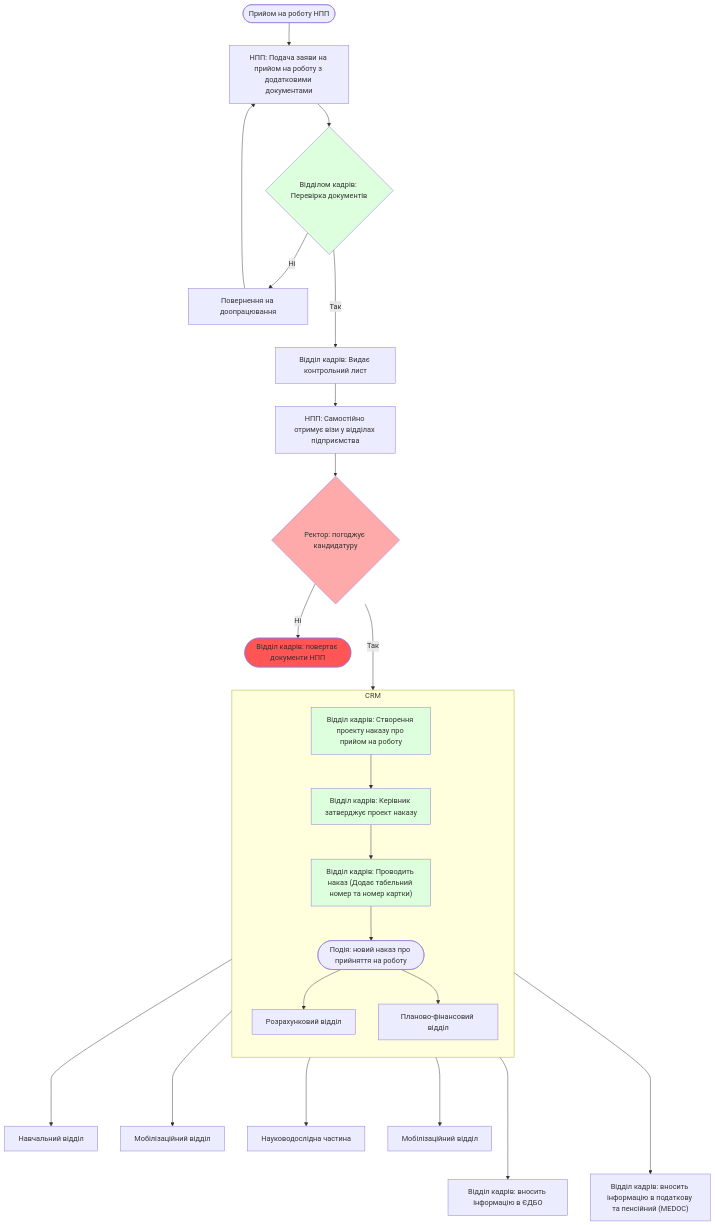
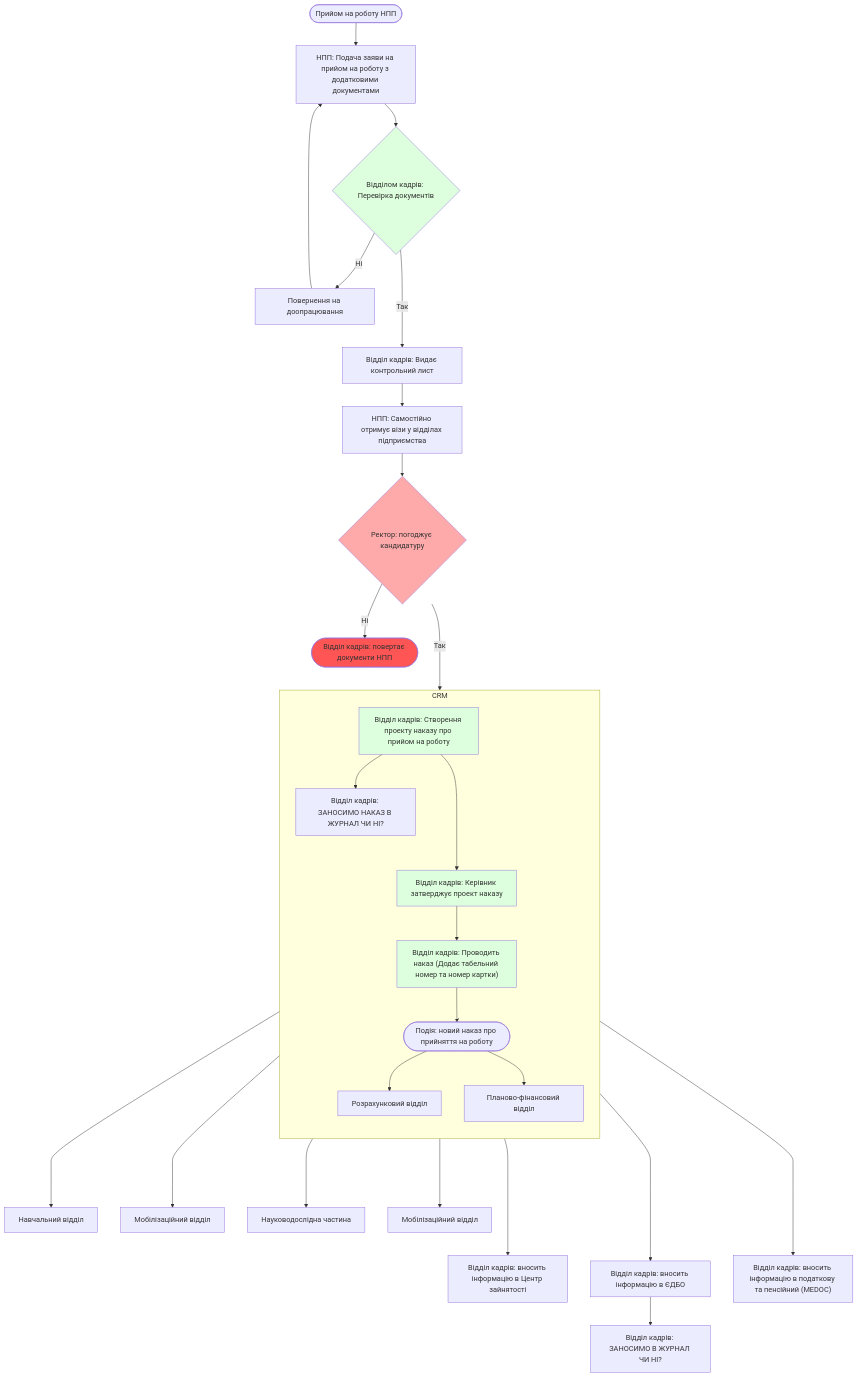
One commit to lisnayk/hr-workflows changed the diagram in processes/onboarding/npp.md. Above: the diagram before and after it, drawn with Mermaid. The commit also changed other lines of this file, not shown here.

Commit message:
Update onboarding documentation with journal entry queries and workflow adjustments

````diff
--- a/processes/onboarding/npp.md
+++ b/processes/onboarding/npp.md
@@ -21,36 +26,39 @@
 ```mermaid
 flowchart TB
     TITLE(["Прийом на роботу НПП"])
     TITLE --> APPLICATION["НПП: Подача заяви на прийом на роботу з додатковими документами"]
     APPLICATION --> R1{"Відділом кадрів: Перевірка документів"}
     R1 -- " Ні " --> NOT_VALID["Повернення на доопрацювання"]
     R1 -- " Так " ---> CHECK_LIST["Відділ кадрів: Видає контрольний лист"]
     NOT_VALID --> APPLICATION
     CHECK_LIST --> SIGNS["НПП: Самостійно отримує візи у відділах підприємства"]
     SIGNS --> R2{"Ректор: погоджує кандидатуру"}
     subgraph "CRM"
         direction TB
         APPROVE["Відділ кадрів: Створення проекту наказу про прийом на роботу"]
-        APPROVE --> HEAD_APPROVE["Відділ кадрів: Керівник затверджує проект наказу"]
+        APPROVE --> REPORT["Відділ кадрів: ЗАНОСИМО НАКАЗ В ЖУРНАЛ ЧИ НІ?"]
+        APPROVE ---> HEAD_APPROVE["Відділ кадрів: Керівник затверджує проект наказу"]
         HEAD_APPROVE --> PROVODKA["Відділ кадрів: Проводить наказ (Додає табельний номер та номер картки)"]
         PROVODKA --> EVENT_CREATED(["Подія: новий наказ про прийняття на роботу"])
         EVENT_CREATED --> V1["Розрахунковий відділ"]
         EVENT_CREATED --> V2["Планово-фінансовий відділ"]
     end
     R2 -- " Ні " --> REJECT(["Відділ кадрів: повертає документи НПП"])
     R2 -- " Так " ---> CRM
 
 
     PROVODKA ----> V3["Навчальний відділ"]
     PROVODKA ----> V4["Мобілізаційний відділ"]
     PROVODKA ----> V5["Науководослідна частина"]
     PROVODKA ----> V7["Мобілізаційний відділ"]
+    PROVODKA -----> EXT0["Відділ кадрів: вносить інформацію в Центр зайнятості"]
     PROVODKA -----> EXT1["Відділ кадрів: вносить інформацію в ЄДБО"]
     PROVODKA -----> EXT2["Відділ кадрів: вносить інформацію в податкову та пенсійний (MEDOC)"]
+    EXT1 --> REPORT2["Відділ кадрів: ЗАНОСИМО В ЖУРНАЛ ЧИ НІ?"]
     style REJECT fill: #f55
     style R1 fill: #dfd
     style PROVODKA fill: #dfd
     style HEAD_APPROVE fill: #dfd
     style APPROVE fill: #dfd
     style R2 fill: #faa
 ```
````
